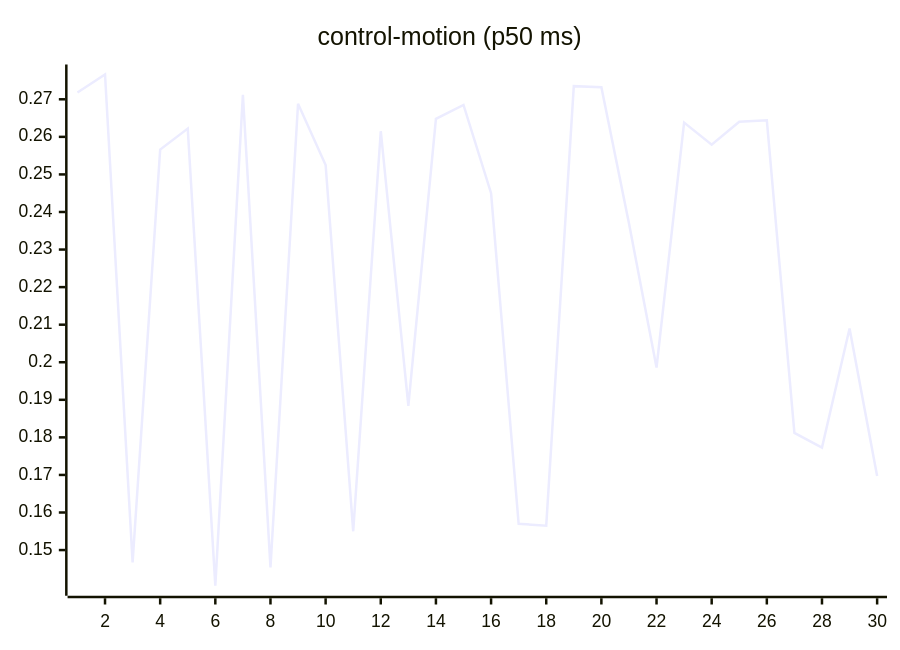
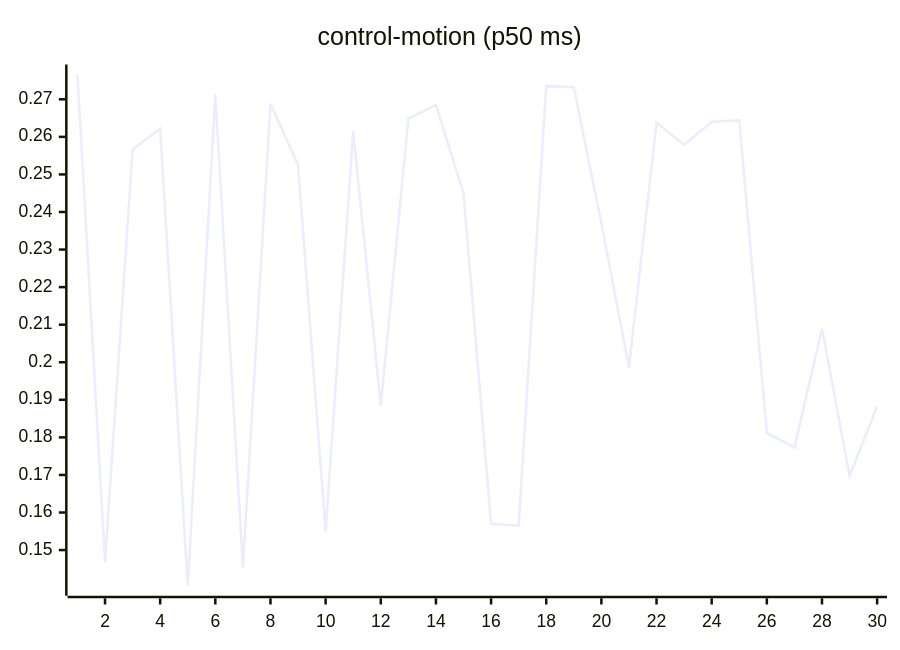
Before and after one commit to josha/Facet: the seventh of 27 diagrams in README.md, drawn with Mermaid. The commit also changed other lines of this file and 2 other files, not shown here.

````diff
--- a/README.md
+++ b/README.md
@@ -105,6 +105,6 @@
 ```mermaid
 xychart-beta
     title "control-motion (p50 ms)"
     x-axis 1 --> 30
-    line [0.2718, 0.2766, 0.1467, 0.2566, 0.2622, 0.1405, 0.2712, 0.1454, 0.2688, 0.2525, 0.1550, 0.2615, 0.1884, 0.2648, 0.2685, 0.2450, 0.1570, 0.1565, 0.2735, 0.2732, 0.2370, 0.1986, 0.2638, 0.2579, 0.2640, 0.2644, 0.1812, 0.1773, 0.2090, 0.1697]
+    line [0.2766, 0.1467, 0.2566, 0.2622, 0.1405, 0.2712, 0.1454, 0.2688, 0.2525, 0.1550, 0.2615, 0.1884, 0.2648, 0.2685, 0.2450, 0.1570, 0.1565, 0.2735, 0.2732, 0.2370, 0.1986, 0.2638, 0.2579, 0.2640, 0.2644, 0.1812, 0.1773, 0.2090, 0.1697, 0.1883]
 ```
````
